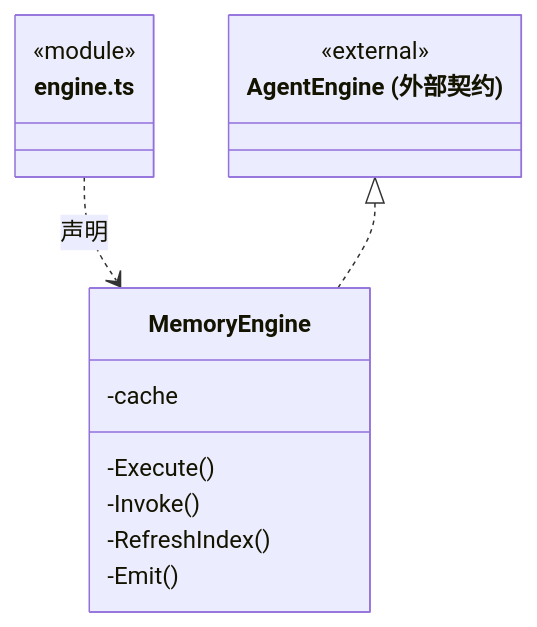
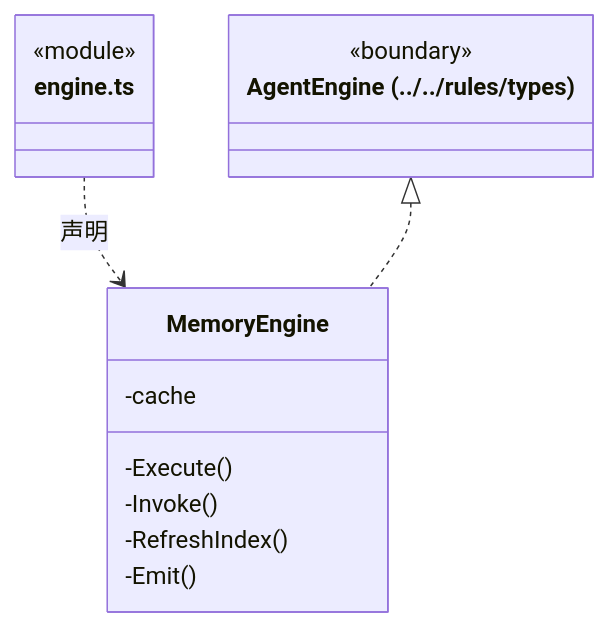
One commit to nan023062/cbim changed the second of 7 diagrams in src/logic/execution/engines/memory/ARCHITECTURE.md. Above: the diagram before and after it, drawn with Mermaid. The commit also changed other lines of this file and 112 other files, not shown here.

Commit message:
docs: align source architecture with current declarations and contracts

````diff
--- a/src/logic/execution/engines/memory/ARCHITECTURE.md
+++ b/src/logic/execution/engines/memory/ARCHITECTURE.md
@@ -108,18 +108,18 @@
 ```mermaid
 classDiagram
 class N_src_logic_execution_engines_memory_engine_ts["engine.ts"] {
   <<module>>
 }
 class N_src_logic_execution_engines_memory_engine_ts_MemoryEngine["MemoryEngine"] {
   -cache
   -Execute()
   -Invoke()
   -RefreshIndex()
   -Emit()
 }
 N_src_logic_execution_engines_memory_engine_ts ..> N_src_logic_execution_engines_memory_engine_ts_MemoryEngine : 声明
-class N_src_logic_execution_engines_memory_engine_ts_external_AgentEngine["AgentEngine (外部契约)"] {
-  <<external>>
+class N_src_logic_execution_engines_memory_engine_ts_external_AgentEngine["AgentEngine (../../rules/types)"] {
+  <<boundary>>
 }
 N_src_logic_execution_engines_memory_engine_ts_external_AgentEngine <|.. N_src_logic_execution_engines_memory_engine_ts_MemoryEngine
 ```
````
